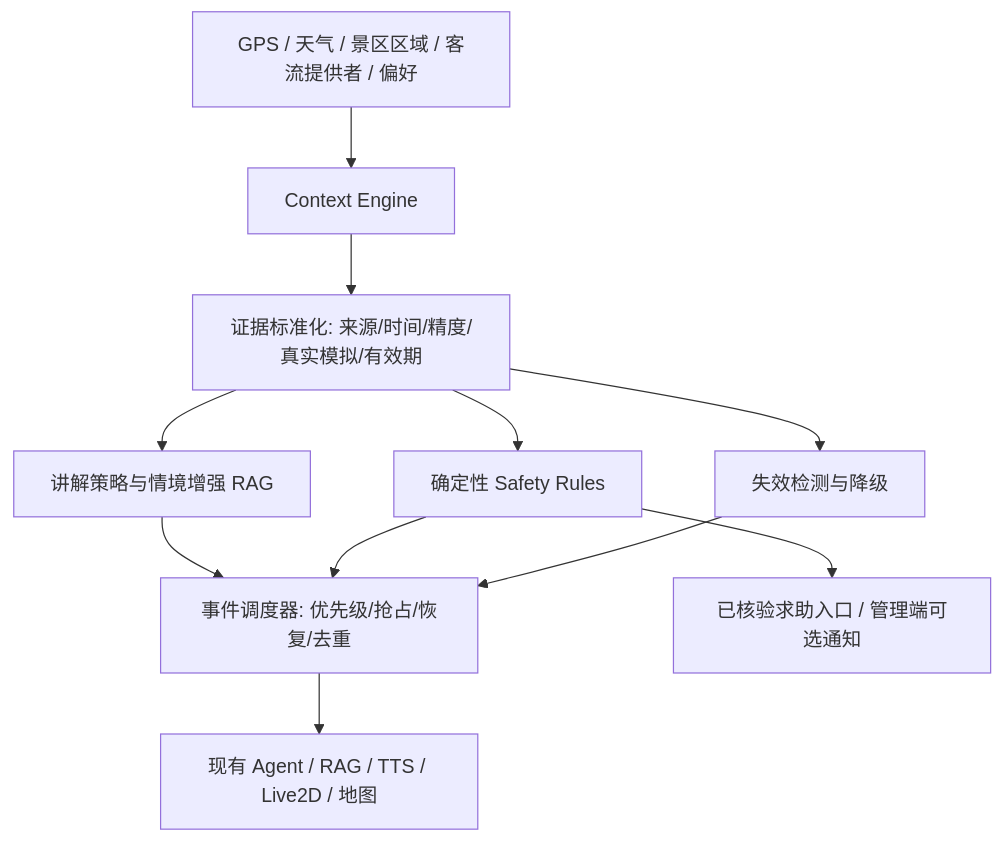
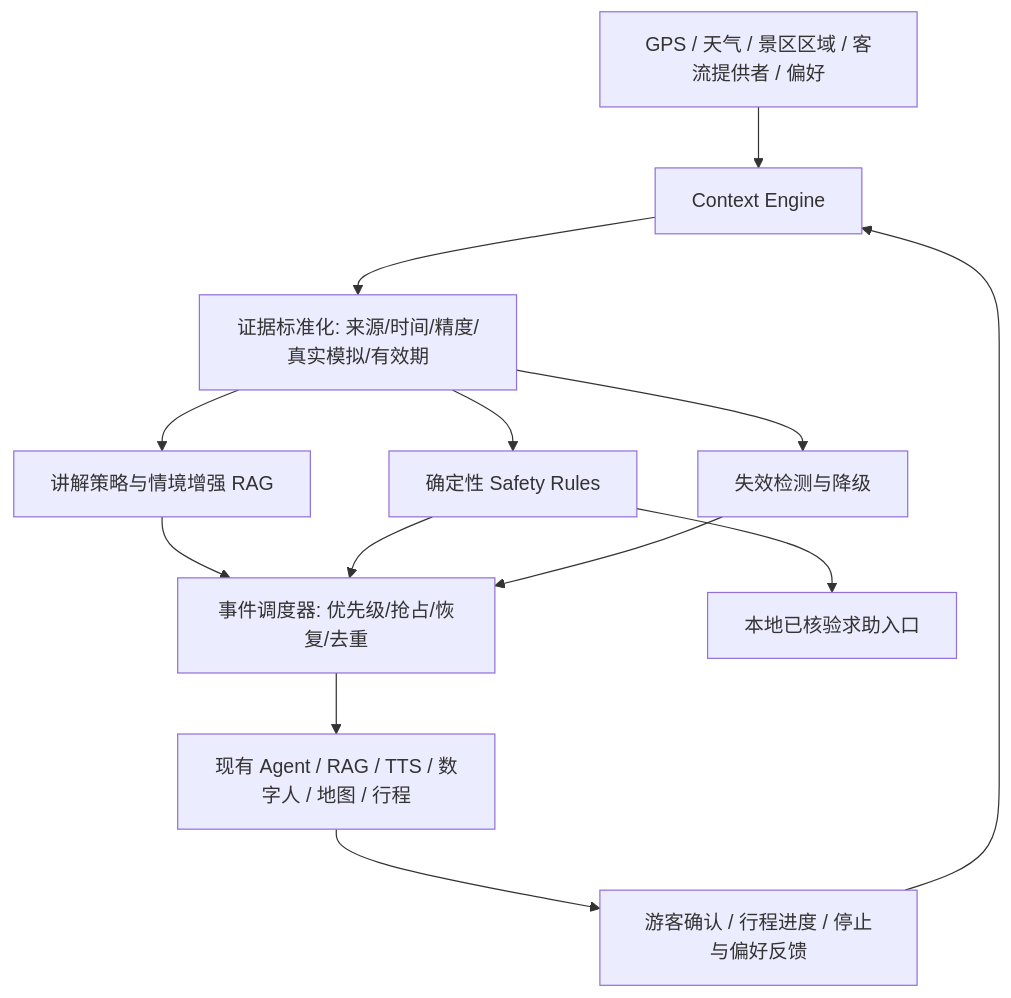
Before and after one commit to yumir3297/RuanJianBei: the diagram in docs/讨论优化/CASS-Guide-Development-Plan.md, drawn with Mermaid. The commit also changed other lines of this file, not shown here.

Commit message:
docs(cass): define context-driven information flow and competition innovation narrative

````diff
--- a/docs/讨论优化/CASS-Guide-Development-Plan.md
+++ b/docs/讨论优化/CASS-Guide-Development-Plan.md
@@ -37,13 +61,15 @@
 ```mermaid
 flowchart TD
   A[GPS / 天气 / 景区区域 / 客流提供者 / 偏好] --> B[Context Engine]
   B --> C[证据标准化: 来源/时间/精度/真实模拟/有效期]
   C --> D[讲解策略与情境增强 RAG]
   C --> E[确定性 Safety Rules]
   D --> F[事件调度器: 优先级/抢占/恢复/去重]
   E --> F
-  F --> G[现有 Agent / RAG / TTS / Live2D / 地图]
-  E --> H[已核验求助入口 / 管理端可选通知]
+  F --> G[现有 Agent / RAG / TTS / 数字人 / 地图 / 行程]
+  G --> J[游客确认 / 行程进度 / 停止与偏好反馈]
+  J --> B
+  E --> H[本地已核验求助入口]
   C --> I[失效检测与降级]
   I --> F
 ```
````
